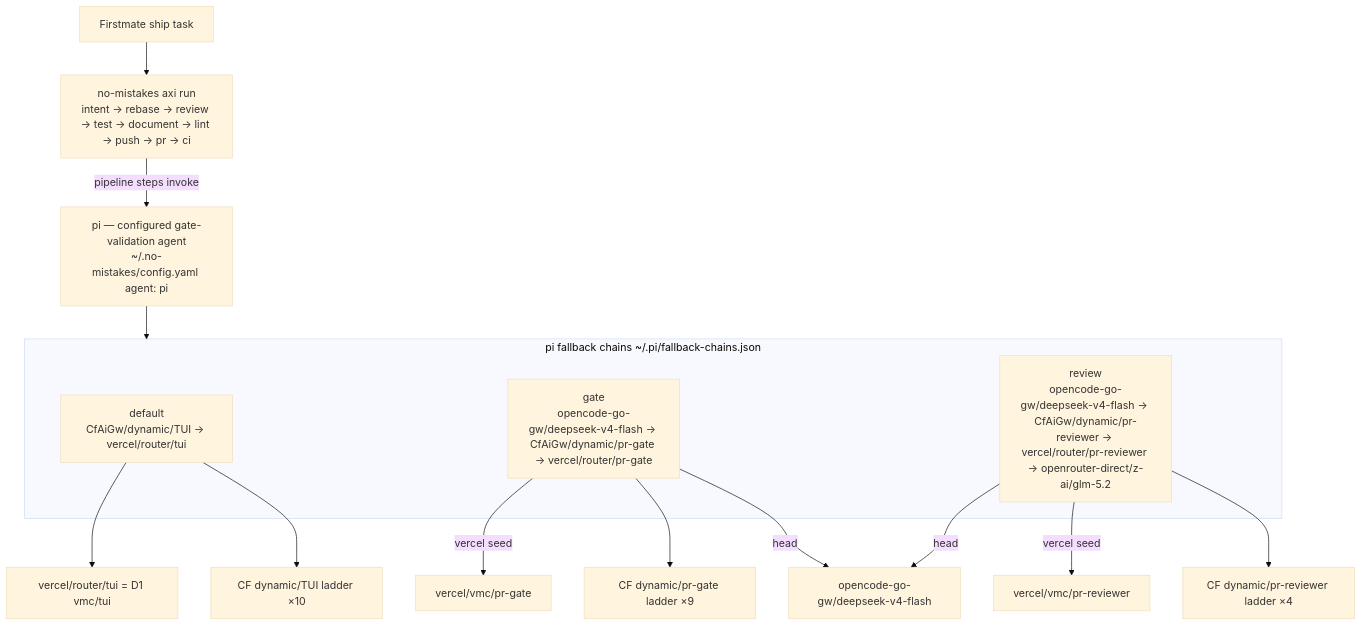
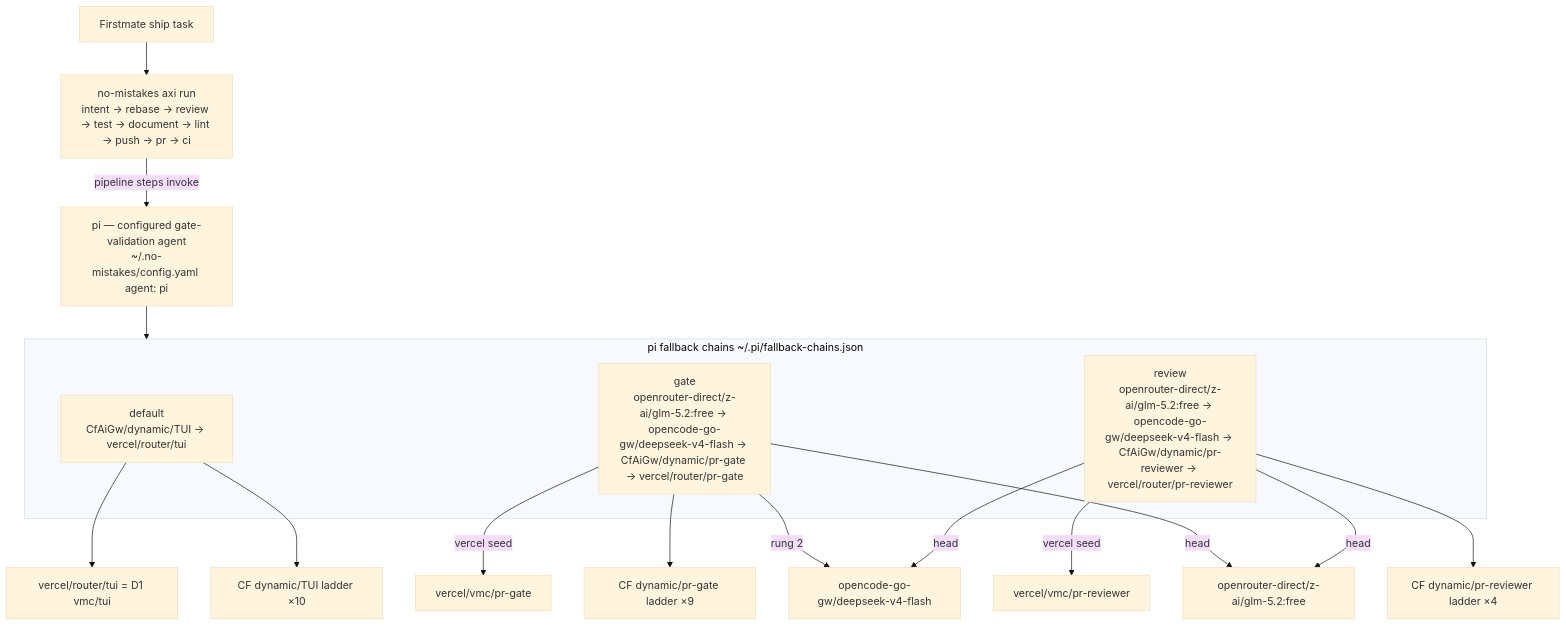
The second of 2 diagrams in dot_agents/skills/provider-catalog/references/ROUTING_TOPOLOGY.md (phillias/dotfiles), drawn with Mermaid (base theme) before and after one commit. The commit also changed other lines of this file and 4 other files, not shown here.

Commit message:
feat(pipeline): position glm-5.2:free at head of gate+review chains; longcat scout-only

````diff
--- a/dot_agents/skills/provider-catalog/references/ROUTING_TOPOLOGY.md
+++ b/dot_agents/skills/provider-catalog/references/ROUTING_TOPOLOGY.md
@@ -80,22 +81,24 @@
 ```mermaid
 flowchart TD
     fm[Firstmate ship task]
     nm["no-mistakes axi run<br/>intent → rebase → review → test → document → lint → push → pr → ci"]
     fm --> nm
     pi["pi — configured gate-validation agent<br/>~/.no-mistakes/config.yaml agent: pi"]
     nm -->|pipeline steps invoke| pi
     subgraph chains[pi fallback chains ~/.pi/fallback-chains.json]
         DEF["default<br/>CfAiGw/dynamic/TUI → vercel/router/tui"]
-        GATEC["gate<br/>opencode-go-gw/deepseek-v4-flash → CfAiGw/dynamic/pr-gate → vercel/router/pr-gate"]
-        REV2["review<br/>opencode-go-gw/deepseek-v4-flash → CfAiGw/dynamic/pr-reviewer → vercel/router/pr-reviewer → openrouter-direct/z-ai/glm-5.2"]
+        GATEC["gate<br/>openrouter-direct/z-ai/glm-5.2:free → opencode-go-gw/deepseek-v4-flash → CfAiGw/dynamic/pr-gate → vercel/router/pr-gate"]
+        REV2["review<br/>openrouter-direct/z-ai/glm-5.2:free → opencode-go-gw/deepseek-v4-flash → CfAiGw/dynamic/pr-reviewer → vercel/router/pr-reviewer"]
     end
     pi --> chains
-    GATEC -->|head| ogw[opencode-go-gw/deepseek-v4-flash]
+    GATEC -->|head| orglm[openrouter-direct/z-ai/glm-5.2:free]
+    REV2 -->|head| orglm
+    GATEC -->|rung 2| ogw[opencode-go-gw/deepseek-v4-flash]
     GATEC --> cfroute[CF dynamic/pr-gate ladder ×9]
     REV2 --> cfroute2[CF dynamic/pr-reviewer ladder ×4]
     DEF --> cfroute3[CF dynamic/TUI ladder ×10]
     GATEC -->|vercel seed| vg[vercel/vmc/pr-gate]
     REV2 -->|vercel seed| vr[vercel/vmc/pr-reviewer]
     REV2 -->|head| ogw
     DEF --> vtui[vercel/router/tui = D1 vmc/tui]
 ```
````
